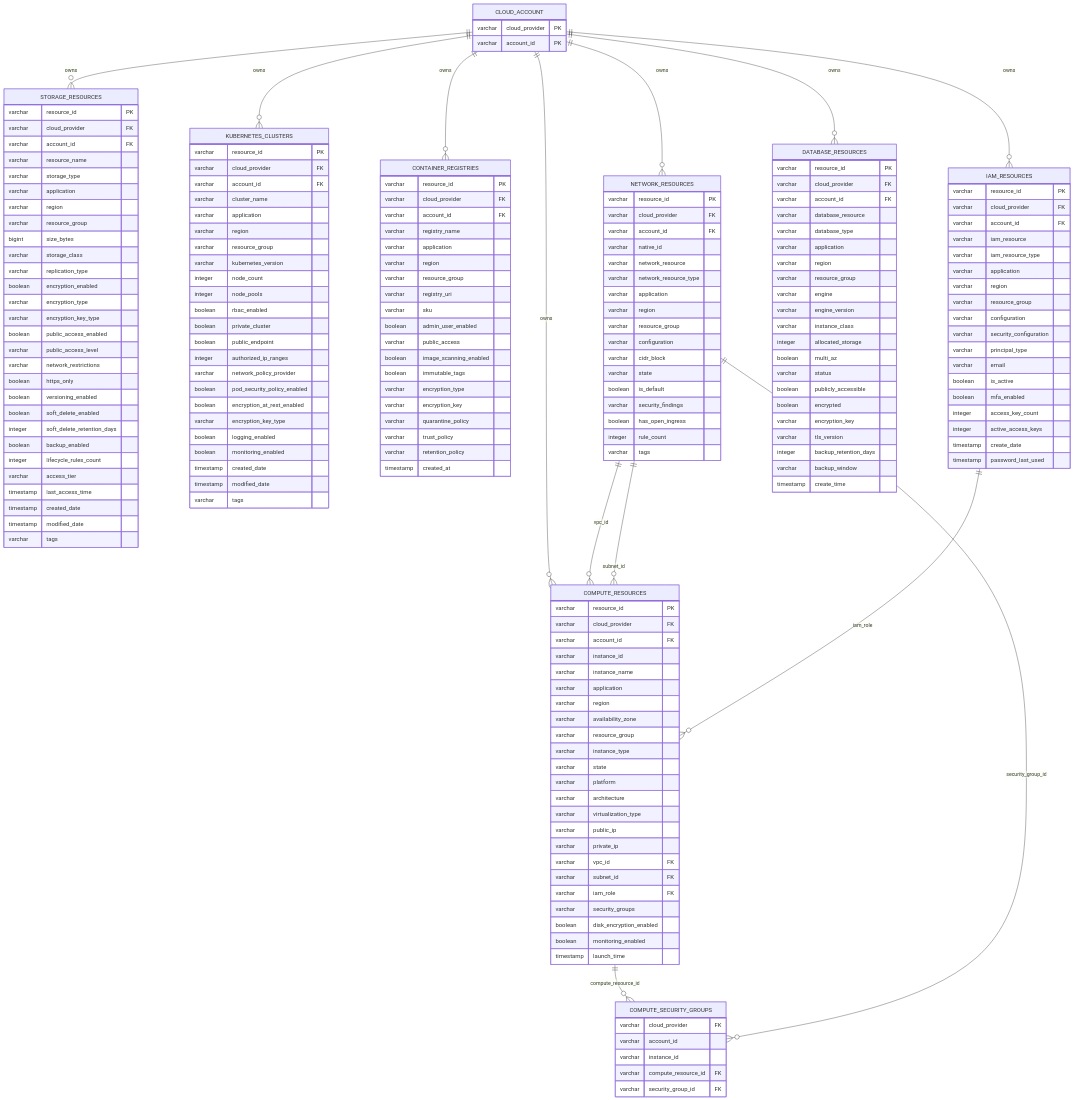
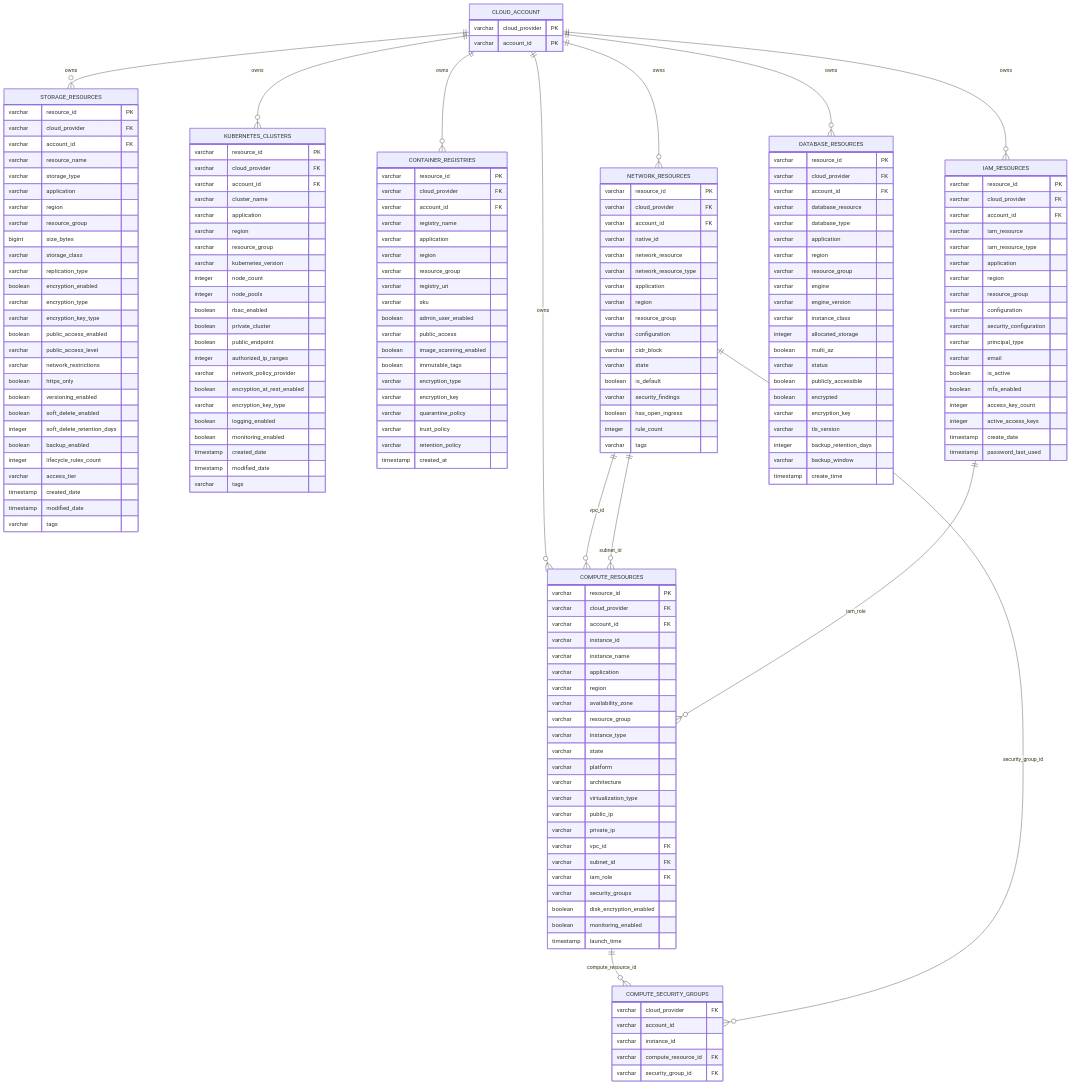
One commit to kenstott/calcite changed the diagram in cloud-ops/docs/SCHEMA.md. Above: the diagram before and after it, drawn with Mermaid. The commit also changed other lines of this file and 11 other files, not shown here.

```diff
--- a/cloud-ops/docs/SCHEMA.md
+++ b/cloud-ops/docs/SCHEMA.md
@@ -242,7 +242,6 @@
         boolean backup_enabled
         integer lifecycle_rules_count
         varchar access_tier
-        timestamp last_access_time
         timestamp created_date
         timestamp modified_date
         varchar tags
@@ -264,7 +263,6 @@
         boolean public_endpoint
         integer authorized_ip_ranges
         varchar network_policy_provider
-        boolean pod_security_policy_enabled
         boolean encryption_at_rest_enabled
         varchar encryption_key_type
         boolean logging_enabled
```
